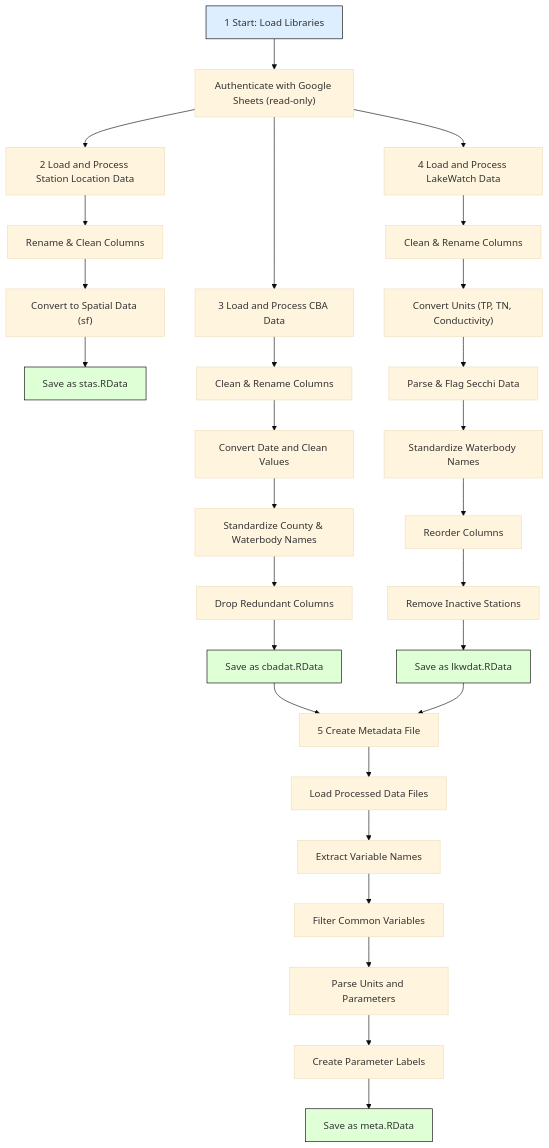
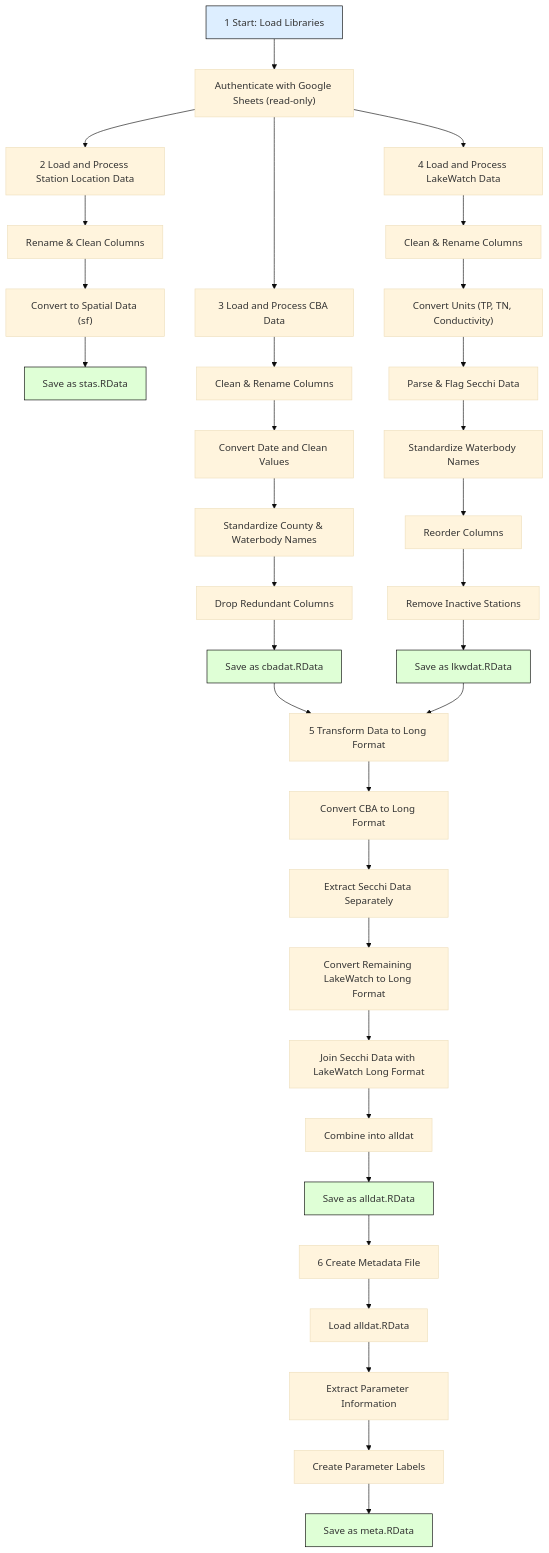
One commit to choctawhatchee-basin-alliance/wq-dashboard changed the diagram in doc/workflow.md. Above: the diagram before and after it, drawn with Mermaid (base theme). The commit also changed other lines of this file and 6 other files, not shown here.

````diff
--- a/doc/workflow.md
+++ b/doc/workflow.md
@@ -5,39 +5,46 @@
 ```mermaid
 flowchart TD
   A["1 Start: Load Libraries"] --> B["Authenticate with Google Sheets (read-only)"]
   B --> C["2 Load and Process Station Location Data"]
   C --> D[Rename & Clean Columns]
   D --> E["Convert to Spatial Data (sf)"]
   E --> F[Save as stas.RData]
 
   B --> G["3 Load and Process CBA Data"]
   G --> H[Clean & Rename Columns]
   H --> I[Convert Date and Clean Values]
   I --> J[Standardize County & Waterbody Names]
   J --> K[Drop Redundant Columns]
   K --> L[Save as cbadat.RData]
 
   B --> M["4 Load and Process LakeWatch Data"]
   M --> N[Clean & Rename Columns]
   N --> O["Convert Units (TP, TN, Conductivity)"]
   O --> P[Parse & Flag Secchi Data]
   P --> Q[Standardize Waterbody Names]
   Q --> R[Reorder Columns]
   R --> S[Remove Inactive Stations]
   S --> T[Save as lkwdat.RData]
   
-  L --> U["5 Create Metadata File"]
+  L --> U["5 Transform Data to Long Format"]
   T --> U
-  U --> V[Load Processed Data Files]
-  V --> W[Extract Variable Names]
-  W --> X[Filter Common Variables]
-  X --> Y[Parse Units and Parameters]
-  Y --> Z[Create Parameter Labels]
-  Z --> AA[Save as meta.RData]
+  U --> V[Convert CBA to Long Format]
+  V --> W[Extract Secchi Data Separately]
+  W --> X[Convert Remaining LakeWatch to Long Format]
+  X --> Y[Join Secchi Data with LakeWatch Long Format]
+  Y --> Z[Combine into alldat]
+  Z --> AA[Save as alldat.RData]
+  
+  AA --> AB["6 Create Metadata File"]
+  AB --> AC[Load alldat.RData]
+  AC --> AD[Extract Parameter Information]
+  AD --> AE[Create Parameter Labels]
+  AE --> AF[Save as meta.RData]
 
   style A fill:#DDEEFF,stroke:#000,stroke-width:1px
   style F fill:#DFFFD6,stroke:#000,stroke-width:1px
   style L fill:#DFFFD6,stroke:#000,stroke-width:1px
   style T fill:#DFFFD6,stroke:#000,stroke-width:1px
   style AA fill:#DFFFD6,stroke:#000,stroke-width:1px
+  style AF fill:#DFFFD6,stroke:#000,stroke-width:1px
 ```
````
